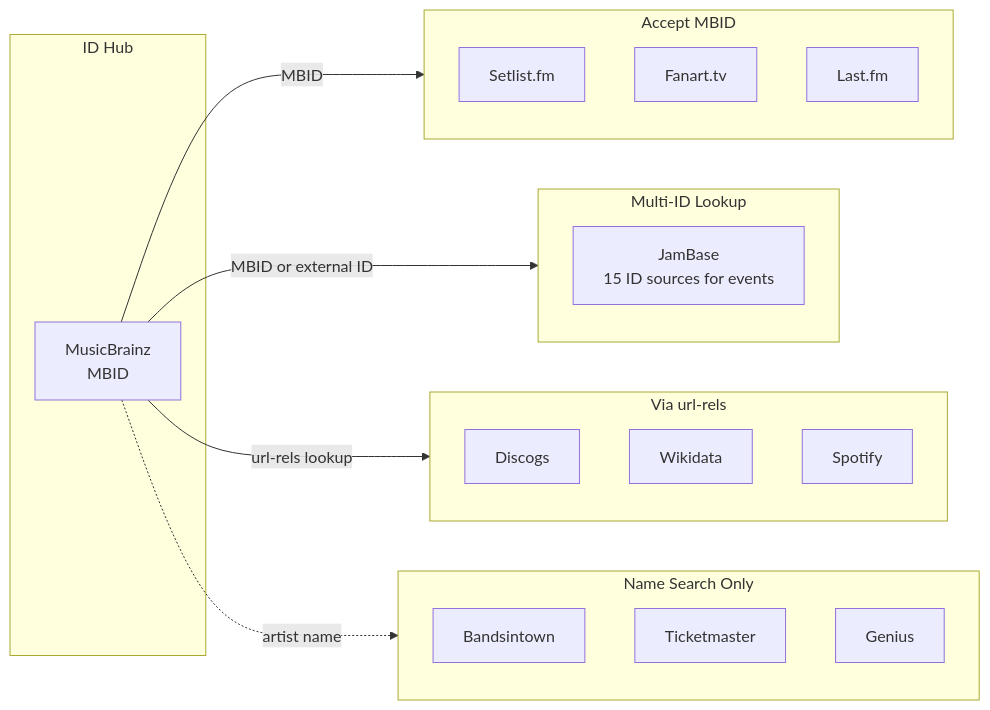
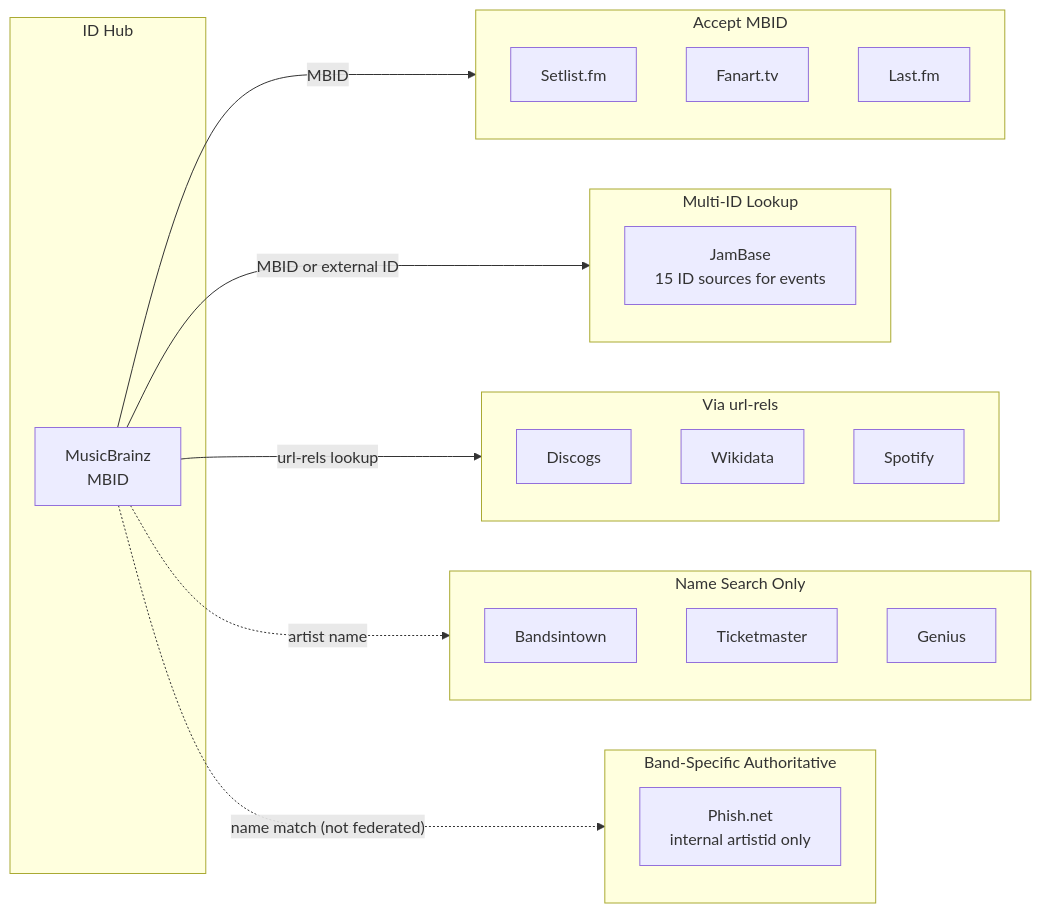
One commit to toddlevy/tl-agent-skills changed the diagram in skills/tl-live-music-data/SKILL.md. Above: the diagram before and after it, drawn with Mermaid. The commit also changed other lines of this file and 1 other file, not shown here.

First line of the commit message:
feat(tl-live-music-data): add Phish.net as Tier 1b authoritative source

````diff
--- a/skills/tl-live-music-data/SKILL.md
+++ b/skills/tl-live-music-data/SKILL.md
@@ -156,33 +164,38 @@
 ```mermaid
 flowchart LR
     subgraph hub [ID Hub]
         MB[MusicBrainz<br/>MBID]
     end
-    
+
     subgraph direct [Accept MBID]
         Setlist[Setlist.fm]
         Fanart[Fanart.tv]
         Lastfm[Last.fm]
     end
-    
+
     subgraph multi [Multi-ID Lookup]
         JamBase[JamBase<br/>15 ID sources for events]
     end
-    
+
     subgraph linked [Via url-rels]
         Discogs[Discogs]
         Wikidata[Wikidata]
         Spotify[Spotify]
     end
-    
+
     subgraph name [Name Search Only]
         Bandsintown[Bandsintown]
         TM[Ticketmaster]
         Genius[Genius]
     end
-    
+
+    subgraph band [Band-Specific Authoritative]
+        PhishNet[Phish.net<br/>internal artistid only]
+    end
+
     MB -->|MBID| direct
     MB -->|MBID or external ID| multi
     MB -->|url-rels lookup| linked
     MB -.->|artist name| name
+    MB -.->|"name match (not federated)"| band
 ```
````
